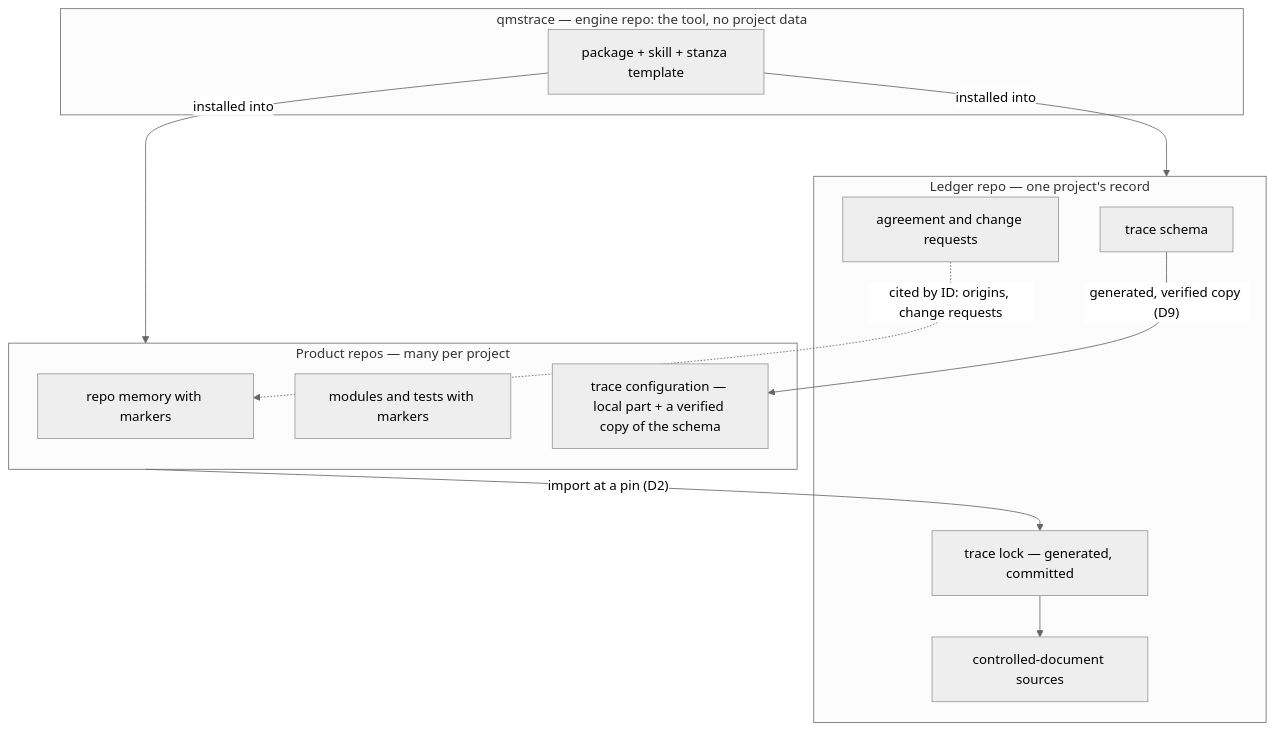
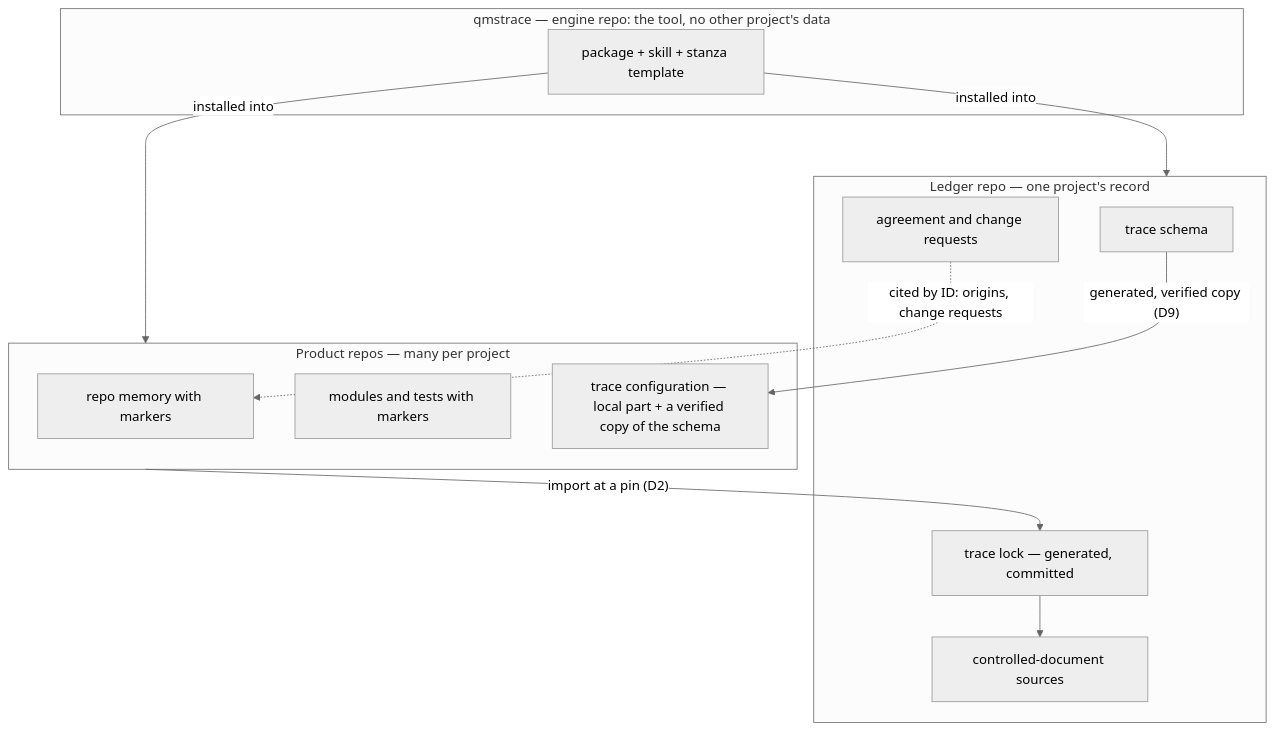
The second of 6 diagrams in docs/design/system-architecture.md (Lightbridge-KS/qmstrace), drawn with Mermaid (neutral theme) before and after one commit. The commit also changed other lines of this file and 4 other files, not shown here.

First line of the commit message:
docs: the engine repo holds no other project's data

````diff
--- a/docs/design/system-architecture.md
+++ b/docs/design/system-architecture.md
@@ -80,23 +80,23 @@
 ```mermaid
 flowchart TD
-    subgraph E["qmstrace — engine repo: the tool, no project data"]
+    subgraph E["qmstrace — engine repo: the tool, no other project's data"]
         pkg["package + skill + stanza template"]
     end
     subgraph P["Product repos — many per project"]
         mem["repo memory with markers"]
         code["modules and tests with markers"]
         conf["trace configuration — local part + a verified copy of the schema"]
     end
     subgraph L["Ledger repo — one project's record"]
         schema["trace schema"]
         agr["agreement and change requests"]
         lock["trace lock — generated, committed"]
         docs["controlled-document sources"]
     end
     pkg -- "installed into" --> P
     pkg -- "installed into" --> L
     schema -- "generated, verified copy (D9)" --> conf
     P -- "import at a pin (D2)" --> lock
     agr -. "cited by ID: origins, change requests" .-> mem
     lock --> docs
 ```
````
